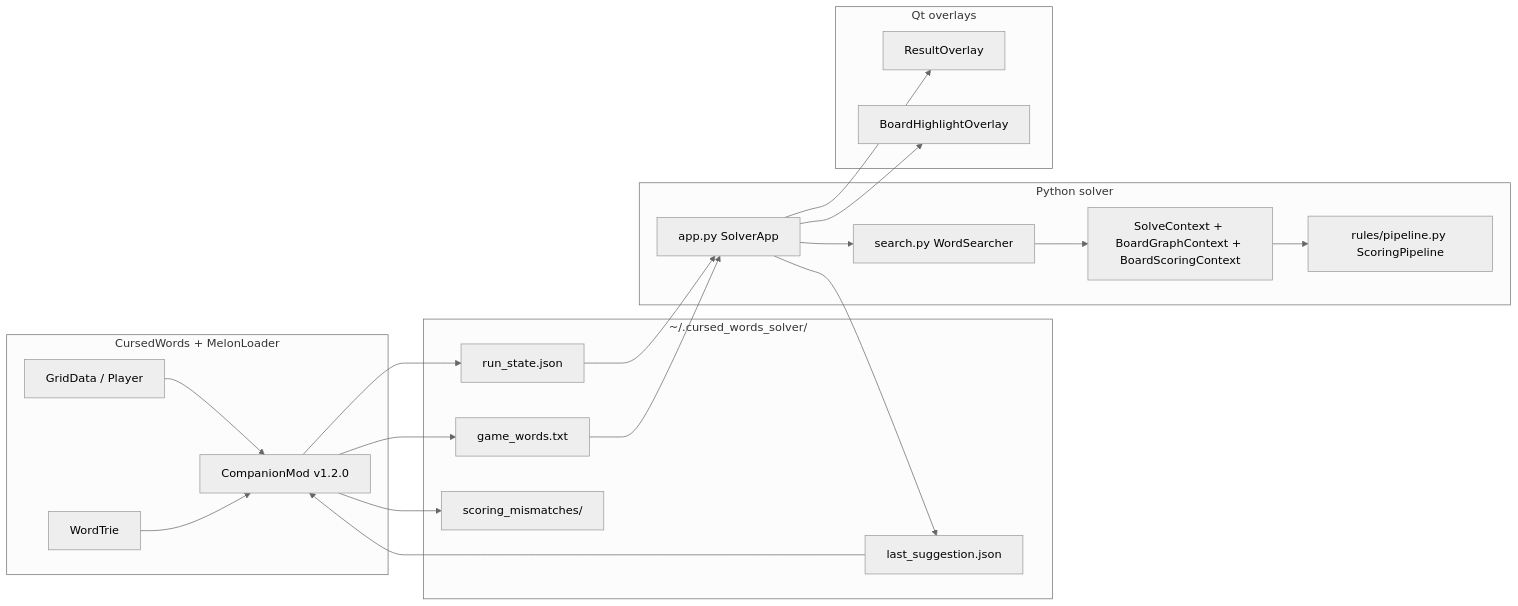
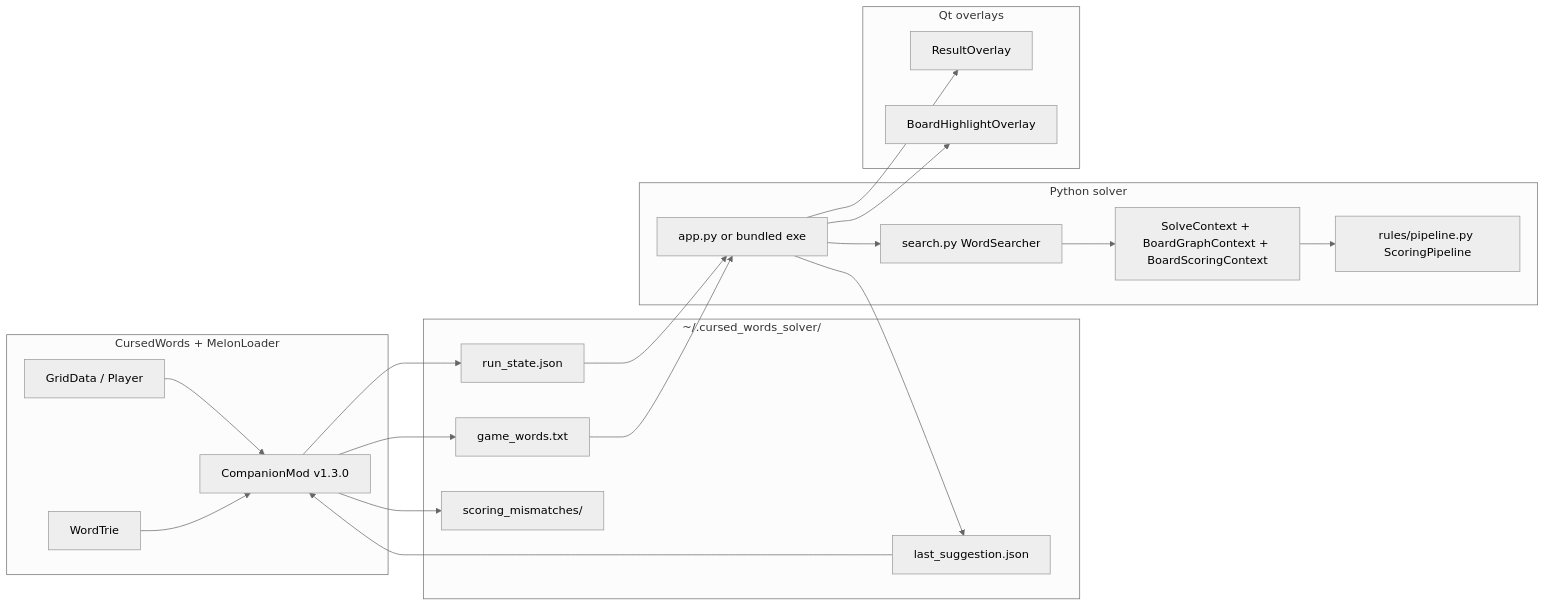
Before and after one commit to SleepyFinale/cursed-words-solver: the diagram in README.md, drawn with Mermaid (neutral theme). The commit also changed other lines of this file and 23 other files, not shown here.

````diff
--- a/README.md
+++ b/README.md
@@ -65,38 +75,38 @@
 ```mermaid
 flowchart LR
   subgraph game [CursedWords + MelonLoader]
     GridData[GridData / Player]
     WordTrie[WordTrie]
-    Companion[CompanionMod v1.2.0]
+    Companion[CompanionMod v1.3.0]
   end
   subgraph files ["~/.cursed_words_solver/"]
     RS[run_state.json]
     GW[game_words.txt]
     LS[last_suggestion.json]
     MM[scoring_mismatches/]
   end
   subgraph solver [Python solver]
-    App[app.py SolverApp]
+    App["app.py or bundled exe"]
     Search[search.py WordSearcher]
     SolveCtx[SolveContext + BoardGraphContext + BoardScoringContext]
     Pipe[rules/pipeline.py ScoringPipeline]
   end
   subgraph ui [Qt overlays]
     Overlay[ResultOverlay]
     Highlight[BoardHighlightOverlay]
   end
   GridData --> Companion
   WordTrie --> Companion
   Companion --> RS
   Companion --> GW
   RS --> App
   GW --> App
   App --> Search
   Search --> SolveCtx
   SolveCtx --> Pipe
   App --> LS
   LS --> Companion
   Companion --> MM
   App --> Overlay
   App --> Highlight
 ```
````
